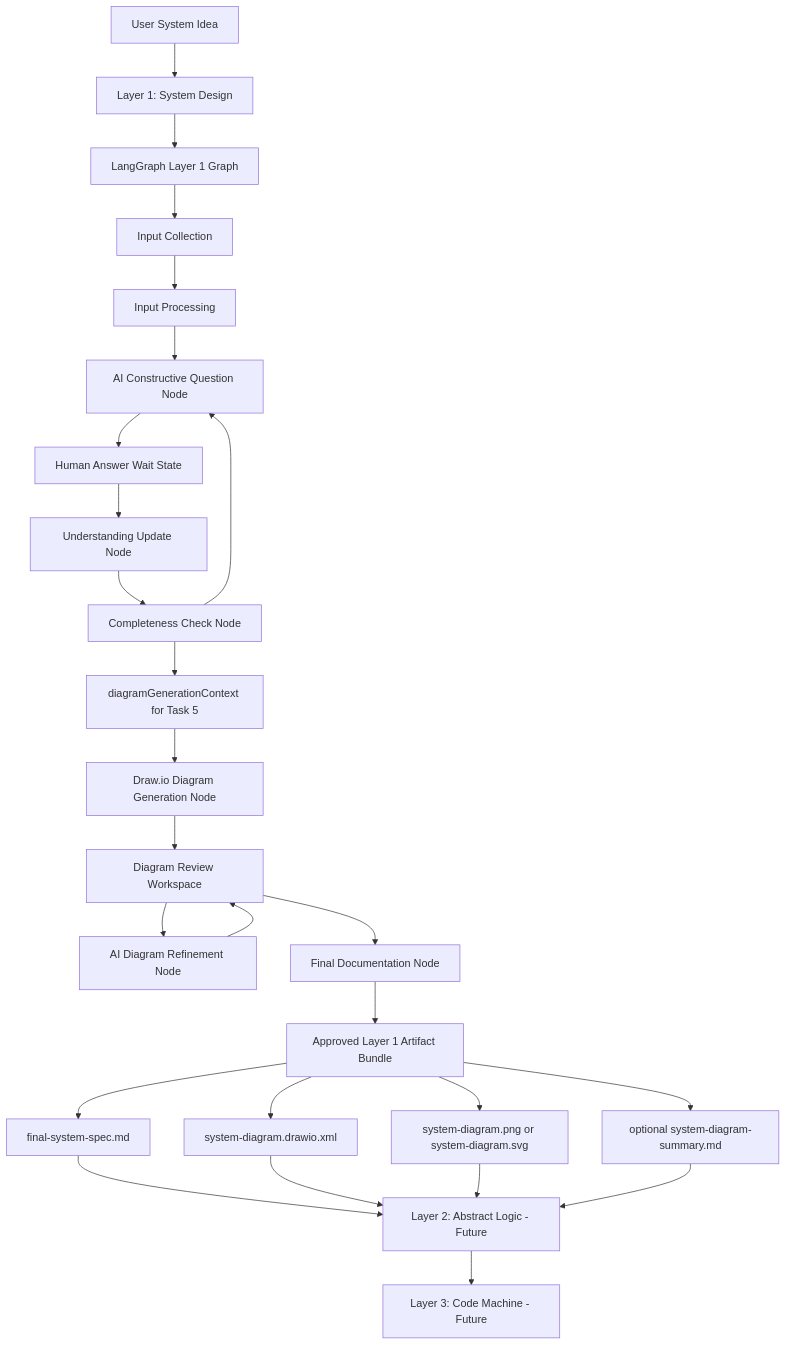
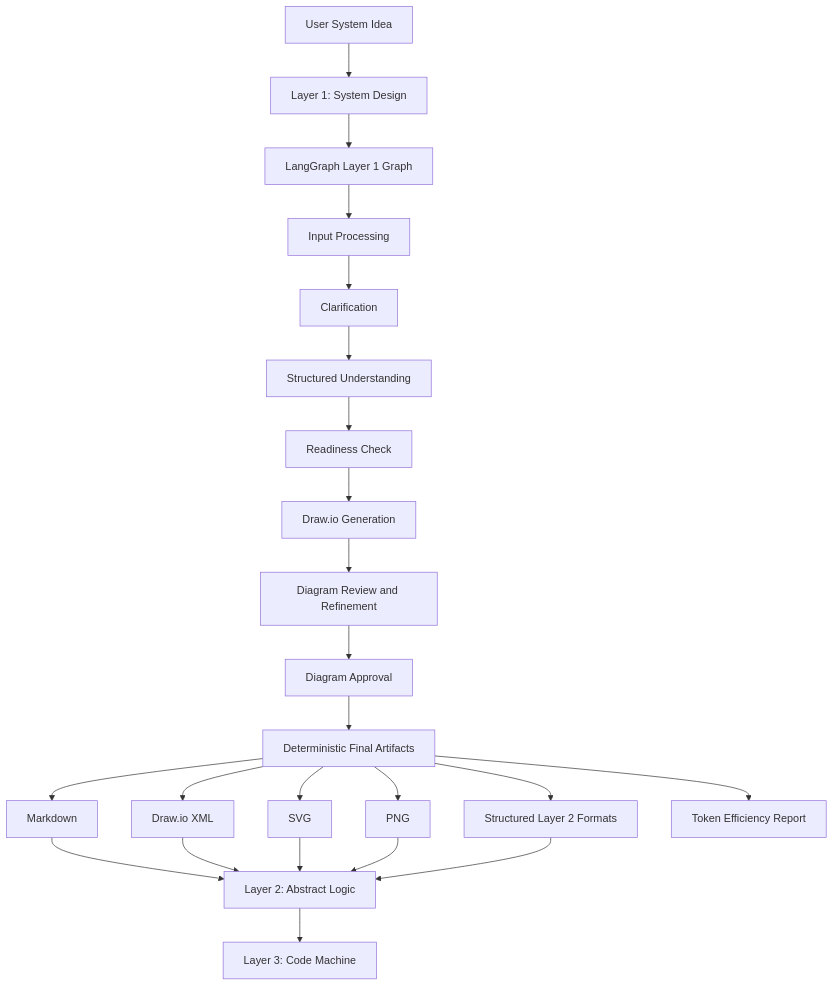
The first of 4 diagrams in Docs/system-design-detailed-plan.md (ProductMasterz/Mujarrad-Frontend), drawn with Mermaid before and after one commit. The commit also changed other lines of this file and 50 other files, not shown here.

Commit message:
Complete System Design Layer 1 tasks 1-8

````diff
--- a/Docs/system-design-detailed-plan.md
+++ b/Docs/system-design-detailed-plan.md
@@ -279,34 +137,30 @@
 ```mermaid
 flowchart TD
-    A[User System Idea] --> B[Layer 1: System Design]
+    U[User System Idea] --> L1[Layer 1: System Design]
 
-    B --> LG[LangGraph Layer 1 Graph]
+    L1 --> G[LangGraph Layer 1 Graph]
 
-    LG --> B1[Input Collection]
-    B1 --> B2[Input Processing]
-    B2 --> B3[AI Constructive Question Node]
-    B3 --> B4[Human Answer Wait State]
-    B4 --> B5[Understanding Update Node]
-    B5 --> B6[Completeness Check Node]
-    B6 --> B3
-    B6 --> Handoff[diagramGenerationContext for Task 5]
+    G --> I[Input Processing]
+    I --> C[Clarification]
+    C --> U1[Structured Understanding]
+    U1 --> R[Readiness Check]
+    R --> D[Draw.io Generation]
+    D --> DR[Diagram Review and Refinement]
+    DR --> A[Diagram Approval]
+    A --> F[Deterministic Final Artifacts]
 
-    Handoff --> B7[Draw.io Diagram Generation Node]
-    B7 --> B8[Diagram Review Workspace]
-    B8 --> B9[AI Diagram Refinement Node]
-    B9 --> B8
-    B8 --> B10[Final Documentation Node]
-    B10 --> B11[Approved Layer 1 Artifact Bundle]
+    F --> MD[Markdown]
+    F --> XML[Draw.io XML]
+    F --> SVG[SVG]
+    F --> PNG[PNG]
+    F --> SF[Structured Layer 2 Formats]
+    F --> REP[Token Efficiency Report]
 
-    B11 --> E1[final-system-spec.md]
-    B11 --> E2[system-diagram.drawio.xml]
-    B11 --> E3[system-diagram.png or system-diagram.svg]
-    B11 --> E4[optional system-diagram-summary.md]
+    MD --> L2[Layer 2: Abstract Logic]
+    XML --> L2
+    SVG --> L2
+    PNG --> L2
+    SF --> L2
 
-    E1 --> C[Layer 2: Abstract Logic - Future]
-    E2 --> C
-    E3 --> C
-    E4 --> C
-
-    C --> D[Layer 3: Code Machine - Future]
+    L2 --> L3[Layer 3: Code Machine]
 ```
````
